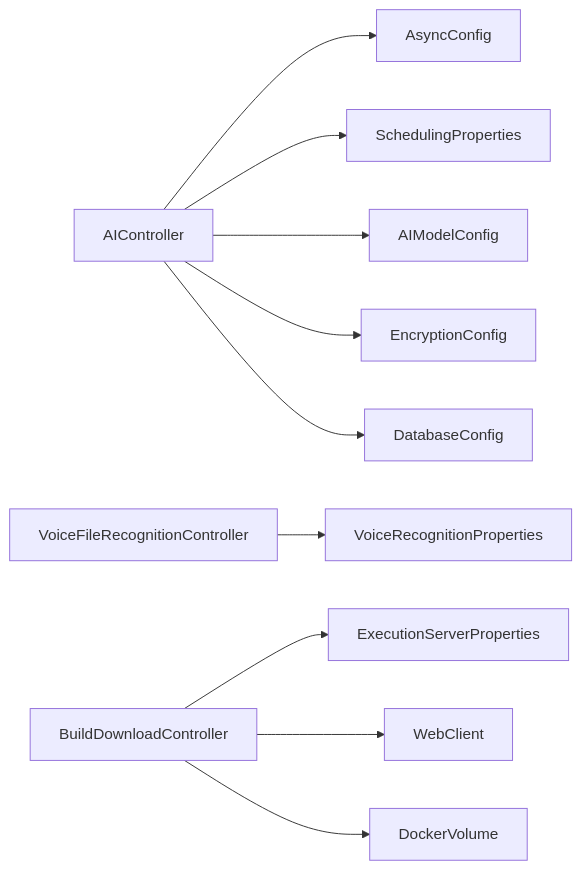
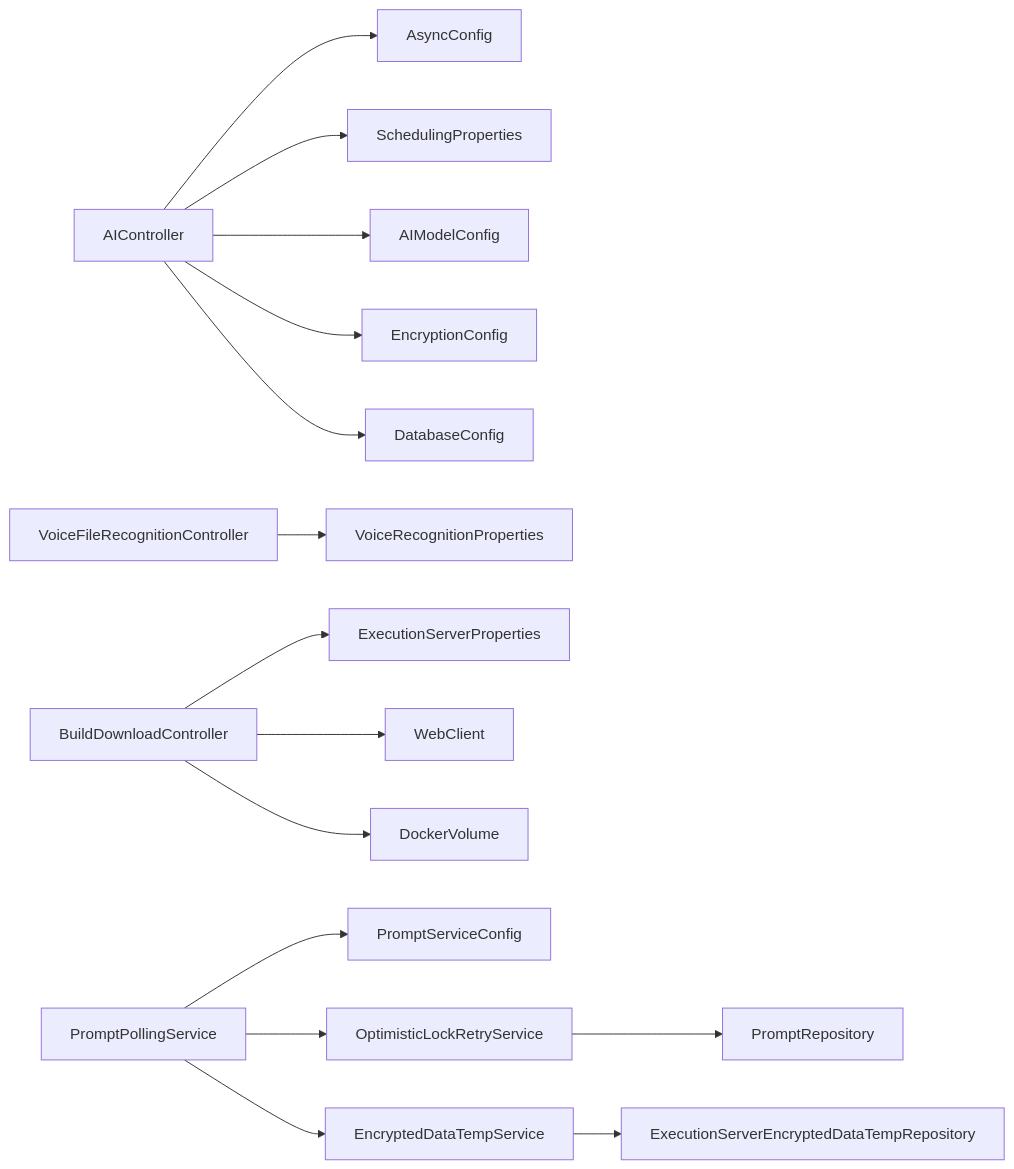
Diagram 11 of 11 in .qoder/repowiki/zh/content/核心功能模块/核心功能模块.md (liuzh2008/med_ai_assistant_workspace), drawn with Mermaid before and after one commit. The commit also changed other lines of this file and 4 other files, not shown here.

````diff
--- a/.qoder/repowiki/zh/content/核心功能模块/核心功能模块.md
+++ b/.qoder/repowiki/zh/content/核心功能模块/核心功能模块.md
@@ -602,12 +692,17 @@
 ```mermaid
 graph LR
 AIController --> AsyncConfig
 AIController --> SchedulingProperties
 AIController --> AIModelConfig
 AIController --> EncryptionConfig
 AIController --> DatabaseConfig
 VoiceFileRecognitionController --> VoiceRecognitionProperties
 BuildDownloadController --> ExecutionServerProperties
 BuildDownloadController --> WebClient
 BuildDownloadController --> DockerVolume
+PromptPollingService --> PromptServiceConfig
+PromptPollingService --> OptimisticLockRetryService
+PromptPollingService --> EncryptedDataTempService
+OptimisticLockRetryService --> PromptRepository
+EncryptedDataTempService --> ExecutionServerEncryptedDataTempRepository
 ```
````
